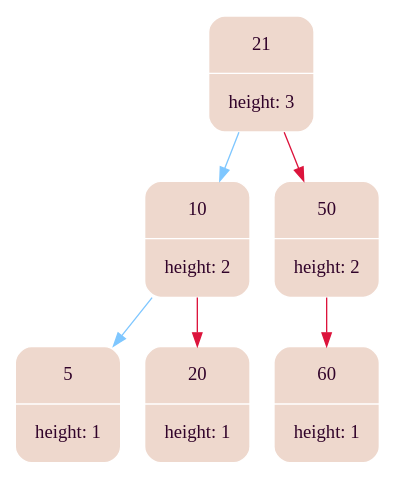
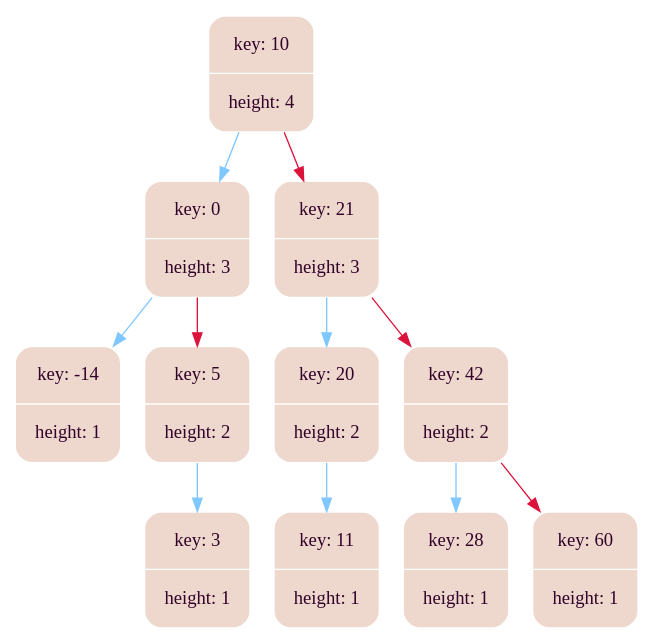
The diagram in graph_lib/tree_dump.dot (MaxGroshev/matrix), drawn with Graphviz before and after one commit. The commit also changed 12 other files, not shown here.

```diff
--- a/graph_lib/tree_dump.dot
+++ b/graph_lib/tree_dump.dot
@@ -1,17 +1,27 @@
 digraph   
 {
 rankdir = ""
 splines = "true"
 
-node0x6030000000d0 [shape      = "Mrecord", width = 1.1, height = 1.21,  fillcolor   = "#eed8cd", style = "filled", fontcolor= " #31032A", fontname = "Calibri", color = "white", label = "{21| height: 3}"]
-node0x6030000000d0 -> node0x603000000040 [color = "#7FC7FF", style = "", constraint = true, fillcolor = "#7FC7FF",   fontcolor = "", fontname = "Calibri", label = ""];
-node0x603000000040 [shape      = "Mrecord", width = 1.1, height = 1.21,  fillcolor   = "#eed8cd", style = "filled", fontcolor= " #31032A", fontname = "Calibri", color = "white", label = "{10| height: 2}"]
-node0x603000000040 -> node0x603000000070 [color = "#7FC7FF", style = "", constraint = true, fillcolor = "#7FC7FF",   fontcolor = "", fontname = "Calibri", label = ""];
-node0x603000000070 [shape      = "Mrecord", width = 1.1, height = 1.21,  fillcolor   = "#eed8cd", style = "filled", fontcolor= " #31032A", fontname = "Calibri", color = "white", label = "{5| height: 1}"]
-node0x603000000040 -> node0x6030000000a0 [color = "#DC143C", style = "", constraint = true, fillcolor = "#DC143C",   fontcolor = "", fontname = "Calibri", label = ""];
-node0x6030000000a0 [shape      = "Mrecord", width = 1.1, height = 1.21,  fillcolor   = "#eed8cd", style = "filled", fontcolor= " #31032A", fontname = "Calibri", color = "white", label = "{20| height: 1}"]
-node0x6030000000d0 -> node0x603000000100 [color = "#DC143C", style = "", constraint = true, fillcolor = "#DC143C",   fontcolor = "", fontname = "Calibri", label = ""];
-node0x603000000100 [shape      = "Mrecord", width = 1.1, height = 1.21,  fillcolor   = "#eed8cd", style = "filled", fontcolor= " #31032A", fontname = "Calibri", color = "white", label = "{50| height: 2}"]
-node0x603000000100 -> node0x603000000130 [color = "#DC143C", style = "", constraint = true, fillcolor = "#DC143C",   fontcolor = "", fontname = "Calibri", label = ""];
-node0x603000000130 [shape      = "Mrecord", width = 1.1, height = 1.21,  fillcolor   = "#eed8cd", style = "filled", fontcolor= " #31032A", fontname = "Calibri", color = "white", label = "{60| height: 1}"]
+node0x6030000002b0 [shape      = "Mrecord", width = 1.1, height = 1.21,  fillcolor   = "#eed8cd", style = "filled", fontcolor= " #31032A", fontname = "Calibri", color = "white", label = "{key: 10| height: 4}"]
+node0x6030000002b0 -> node0x6030000002e0 [color = "#7FC7FF", style = "", constraint = true, fillcolor = "#7FC7FF",   fontcolor = "", fontname = "Calibri", label = ""];
+node0x6030000002e0 [shape      = "Mrecord", width = 1.1, height = 1.21,  fillcolor   = "#eed8cd", style = "filled", fontcolor= " #31032A", fontname = "Calibri", color = "white", label = "{key: 0| height: 3}"]
+node0x6030000002e0 -> node0x603000000310 [color = "#7FC7FF", style = "", constraint = true, fillcolor = "#7FC7FF",   fontcolor = "", fontname = "Calibri", label = ""];
+node0x603000000310 [shape      = "Mrecord", width = 1.1, height = 1.21,  fillcolor   = "#eed8cd", style = "filled", fontcolor= " #31032A", fontname = "Calibri", color = "white", label = "{key: -14| height: 1}"]
+node0x6030000002e0 -> node0x603000000340 [color = "#DC143C", style = "", constraint = true, fillcolor = "#DC143C",   fontcolor = "", fontname = "Calibri", label = ""];
+node0x603000000340 [shape      = "Mrecord", width = 1.1, height = 1.21,  fillcolor   = "#eed8cd", style = "filled", fontcolor= " #31032A", fontname = "Calibri", color = "white", label = "{key: 5| height: 2}"]
+node0x603000000340 -> node0x603000000370 [color = "#7FC7FF", style = "", constraint = true, fillcolor = "#7FC7FF",   fontcolor = "", fontname = "Calibri", label = ""];
+node0x603000000370 [shape      = "Mrecord", width = 1.1, height = 1.21,  fillcolor   = "#eed8cd", style = "filled", fontcolor= " #31032A", fontname = "Calibri", color = "white", label = "{key: 3| height: 1}"]
+node0x6030000002b0 -> node0x6030000003a0 [color = "#DC143C", style = "", constraint = true, fillcolor = "#DC143C",   fontcolor = "", fontname = "Calibri", label = ""];
+node0x6030000003a0 [shape      = "Mrecord", width = 1.1, height = 1.21,  fillcolor   = "#eed8cd", style = "filled", fontcolor= " #31032A", fontname = "Calibri", color = "white", label = "{key: 21| height: 3}"]
+node0x6030000003a0 -> node0x6030000003d0 [color = "#7FC7FF", style = "", constraint = true, fillcolor = "#7FC7FF",   fontcolor = "", fontname = "Calibri", label = ""];
+node0x6030000003d0 [shape      = "Mrecord", width = 1.1, height = 1.21,  fillcolor   = "#eed8cd", style = "filled", fontcolor= " #31032A", fontname = "Calibri", color = "white", label = "{key: 20| height: 2}"]
+node0x6030000003d0 -> node0x603000000400 [color = "#7FC7FF", style = "", constraint = true, fillcolor = "#7FC7FF",   fontcolor = "", fontname = "Calibri", label = ""];
+node0x603000000400 [shape      = "Mrecord", width = 1.1, height = 1.21,  fillcolor   = "#eed8cd", style = "filled", fontcolor= " #31032A", fontname = "Calibri", color = "white", label = "{key: 11| height: 1}"]
+node0x6030000003a0 -> node0x603000000430 [color = "#DC143C", style = "", constraint = true, fillcolor = "#DC143C",   fontcolor = "", fontname = "Calibri", label = ""];
+node0x603000000430 [shape      = "Mrecord", width = 1.1, height = 1.21,  fillcolor   = "#eed8cd", style = "filled", fontcolor= " #31032A", fontname = "Calibri", color = "white", label = "{key: 42| height: 2}"]
+node0x603000000430 -> node0x603000000460 [color = "#7FC7FF", style = "", constraint = true, fillcolor = "#7FC7FF",   fontcolor = "", fontname = "Calibri", label = ""];
+node0x603000000460 [shape      = "Mrecord", width = 1.1, height = 1.21,  fillcolor   = "#eed8cd", style = "filled", fontcolor= " #31032A", fontname = "Calibri", color = "white", label = "{key: 28| height: 1}"]
+node0x603000000430 -> node0x603000000490 [color = "#DC143C", style = "", constraint = true, fillcolor = "#DC143C",   fontcolor = "", fontname = "Calibri", label = ""];
+node0x603000000490 [shape      = "Mrecord", width = 1.1, height = 1.21,  fillcolor   = "#eed8cd", style = "filled", fontcolor= " #31032A", fontname = "Calibri", color = "white", label = "{key: 60| height: 1}"]
 }
```
